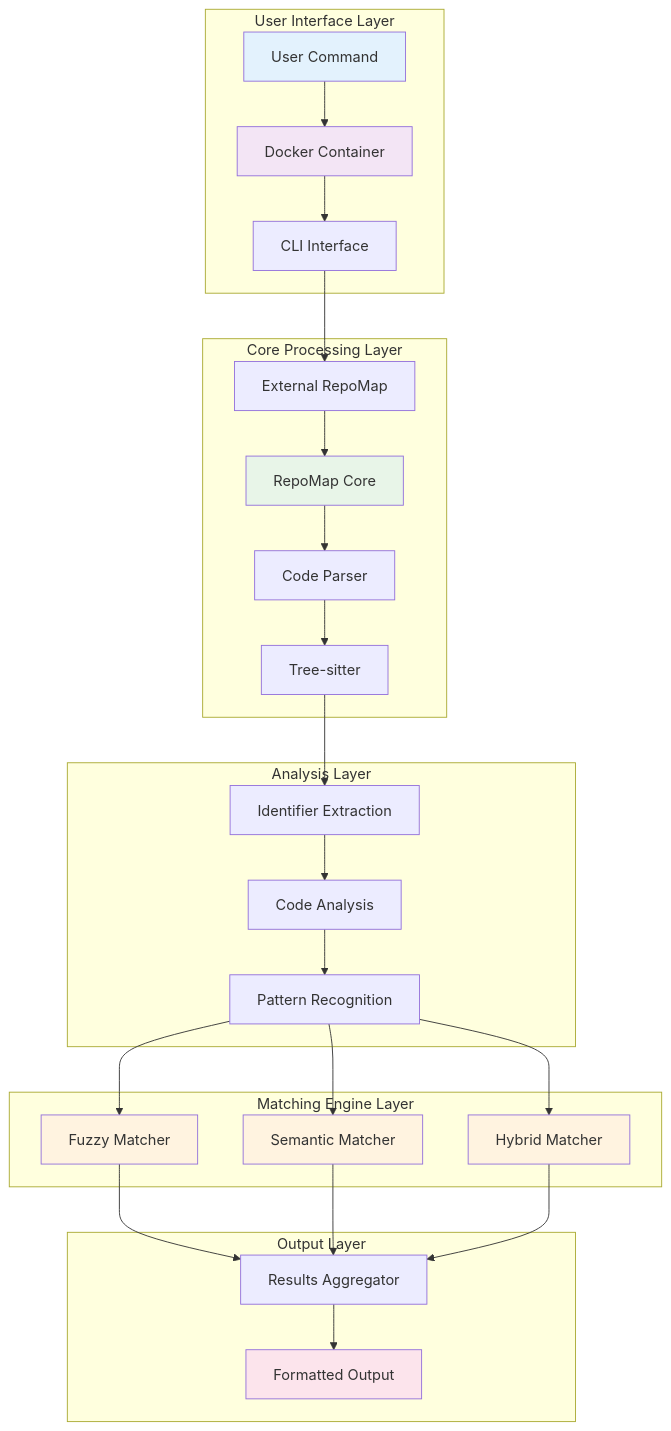
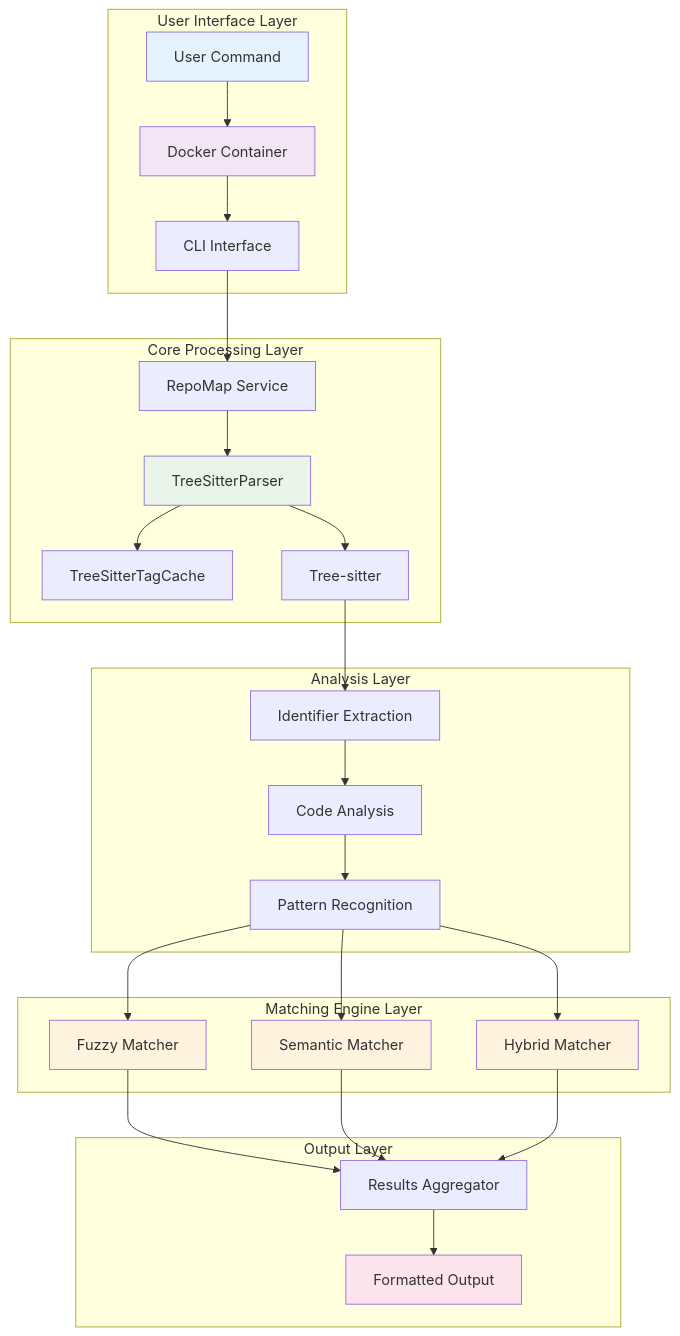
The first of 13 diagrams in docs/architecture/ARCHITECTURE_DIAGRAM.md (xynova/repomap-tool), drawn with Mermaid before and after one commit. The commit also changed 130 other files, not shown here.

````diff
--- a/docs/architecture/ARCHITECTURE_DIAGRAM.md
+++ b/docs/architecture/ARCHITECTURE_DIAGRAM.md
@@ -5,41 +5,41 @@
 ```mermaid
 graph TB
     subgraph "User Interface Layer"
         A[User Command] --> B[Docker Container]
         B --> C[CLI Interface]
     end
     
     subgraph "Core Processing Layer"
-        C --> D[External RepoMap]
-        D --> E[RepoMap Core]
-        E --> F[Code Parser]
-        F --> G[Tree-sitter]
+        C --> D[RepoMap Service]
+        D --> E[TreeSitterParser]
+        E --> F[TreeSitterTagCache]
+        E --> G[Tree-sitter]
     end
     
     subgraph "Analysis Layer"
         G --> H[Identifier Extraction]
         H --> I[Code Analysis]
         I --> J[Pattern Recognition]
     end
     
     subgraph "Matching Engine Layer"
         J --> K[Fuzzy Matcher]
         J --> L[Semantic Matcher]
         J --> M[Hybrid Matcher]
     end
     
     subgraph "Output Layer"
         K --> N[Results Aggregator]
         L --> N
         M --> N
         N --> O[Formatted Output]
     end
     
     style A fill:#e3f2fd
     style B fill:#f3e5f5
     style E fill:#e8f5e8
     style K fill:#fff3e0
     style L fill:#fff3e0
     style M fill:#fff3e0
     style O fill:#fce4ec
 ```
````
